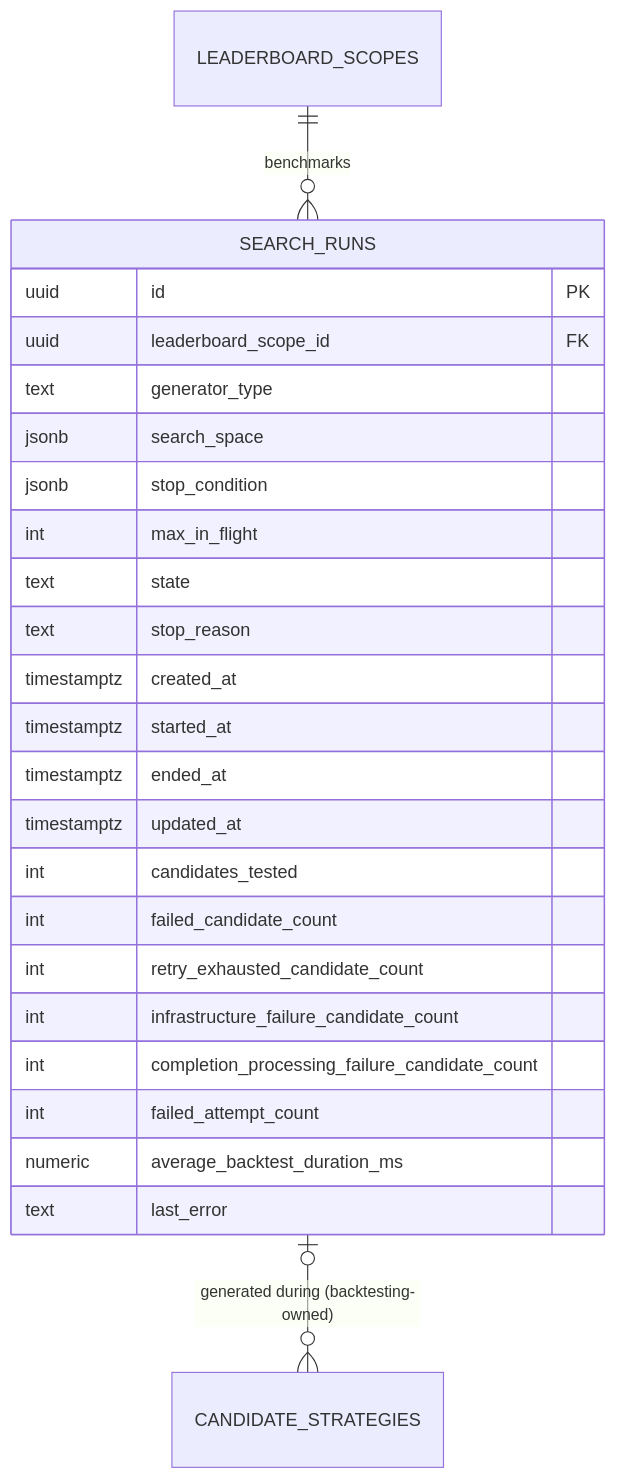
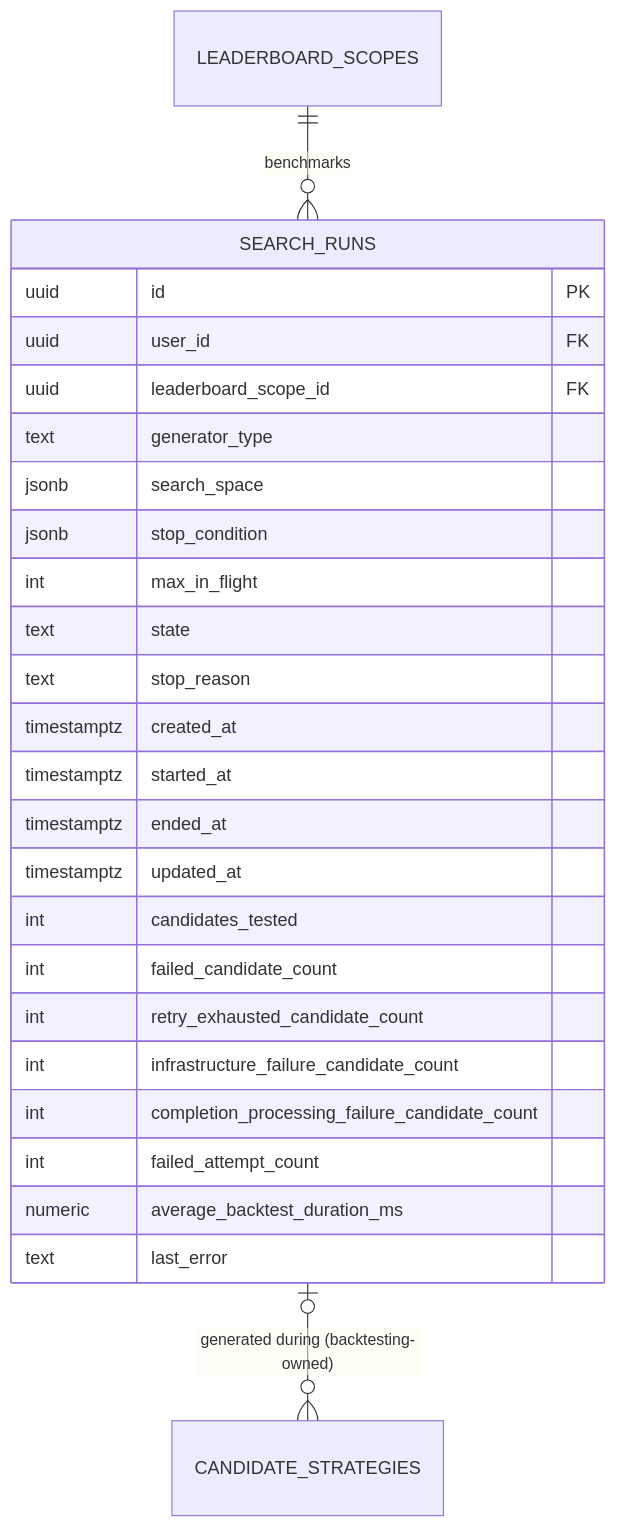
One commit to thanhdatttt/Cryptox changed the eighth of 9 diagrams in openspec/specs/search-spec.md. Above: the diagram before and after it, drawn with Mermaid. The commit also changed other lines of this file and 10 other files, not shown here.

````diff
--- a/openspec/specs/search-spec.md
+++ b/openspec/specs/search-spec.md
@@ -458,28 +468,29 @@
 ```mermaid
 erDiagram
     LEADERBOARD_SCOPES ||--o{ SEARCH_RUNS : "benchmarks"
     SEARCH_RUNS o|--o{ CANDIDATE_STRATEGIES : "generated during (backtesting-owned)"
 
     SEARCH_RUNS {
         uuid id PK
+        uuid user_id FK
         uuid leaderboard_scope_id FK
         text generator_type
         jsonb search_space
         jsonb stop_condition
         int max_in_flight
         text state
         text stop_reason
         timestamptz created_at
         timestamptz started_at
         timestamptz ended_at
         timestamptz updated_at
         int candidates_tested
         int failed_candidate_count
         int retry_exhausted_candidate_count
         int infrastructure_failure_candidate_count
         int completion_processing_failure_candidate_count
         int failed_attempt_count
         numeric average_backtest_duration_ms
         text last_error
     }
 ```
````
